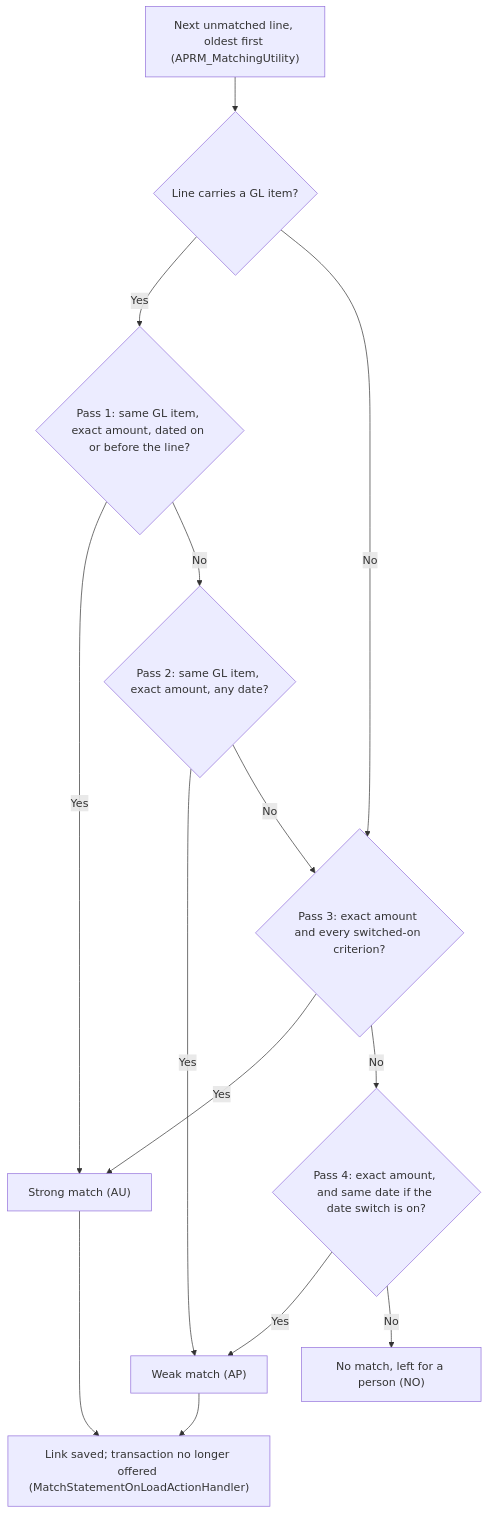
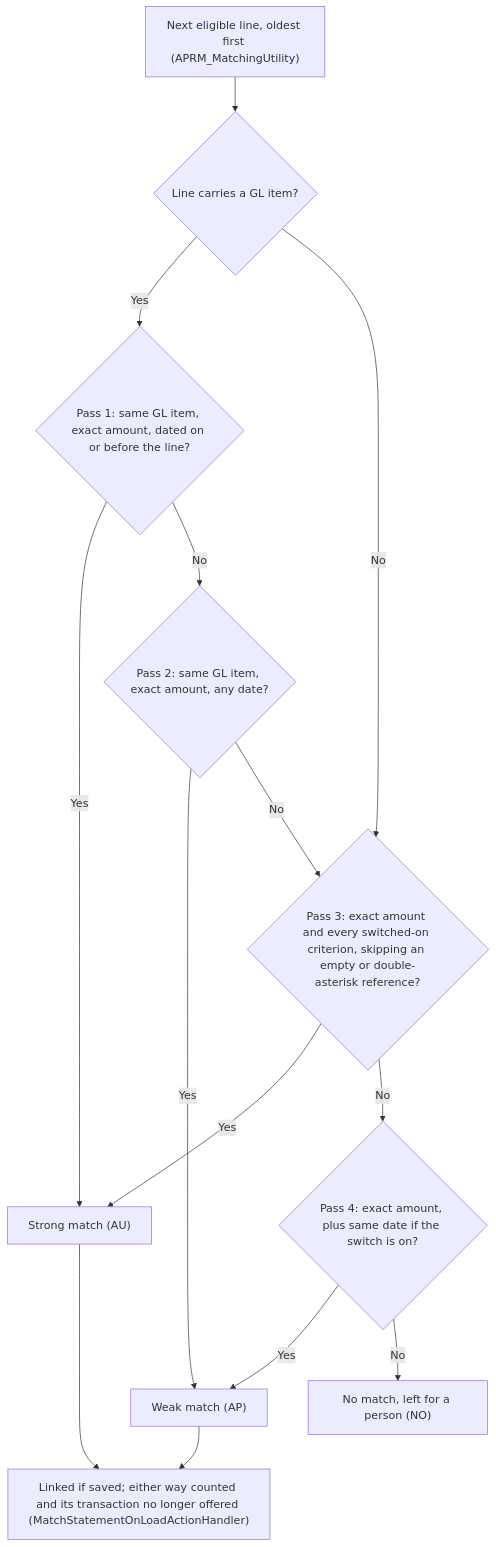
The eighth of 9 diagrams in docs/analysis/analysis-1-current-state-reconciliation.md (blitzy-public-samples/openbravo-erp), drawn with Mermaid before and after one commit. The commit also changed other lines of this file and 1 other file, not shown here.

````diff
--- a/docs/analysis/analysis-1-current-state-reconciliation.md
+++ b/docs/analysis/analysis-1-current-state-reconciliation.md
@@ -386,16 +386,18 @@
 ```mermaid
 flowchart TD
-    L["Next unmatched line, oldest first (APRM_MatchingUtility)"] --> G{"Line carries a GL item?"}
-    G -- Yes --> P1{"Pass 1: same GL item, exact amount, dated on or before the line?"}
-    G -- No --> P3{"Pass 3: exact amount and every switched-on criterion?"}
-    P1 -- Yes --> S["Strong match (AU)"]
-    P1 -- No --> P2{"Pass 2: same GL item, exact amount, any date?"}
-    P2 -- Yes --> W["Weak match (AP)"]
-    P2 -- No --> P3
-    P3 -- Yes --> S
-    P3 -- No --> P4{"Pass 4: exact amount, and same date if the date switch is on?"}
-    P4 -- Yes --> W
-    P4 -- No --> N["No match, left for a person (NO)"]
-    S --> K["Link saved; transaction no longer offered (MatchStatementOnLoadActionHandler)"]
+    accTitle: Figure 8. Matching Decision Flow for One Bank Line
+    accDescr: Each line runs the passes in order until one finds a candidate, which sets the match strength.
+    L["Next eligible line, oldest first (APRM_MatchingUtility)"] --> G{"Line carries a GL item?"}
+    G -->|Yes| P1{"Pass 1: same GL item, exact amount, dated on or before the line?"}
+    G -->|No| P3{"Pass 3: exact amount and every switched-on criterion, skipping an empty or double-asterisk reference?"}
+    P1 -->|Yes| S["Strong match (AU)"]
+    P1 -->|No| P2{"Pass 2: same GL item, exact amount, any date?"}
+    P2 -->|Yes| W["Weak match (AP)"]
+    P2 -->|No| P3
+    P3 -->|Yes| S
+    P3 -->|No| P4{"Pass 4: exact amount, plus same date if the switch is on?"}
+    P4 -->|Yes| W
+    P4 -->|No| N["No match, left for a person (NO)"]
+    S --> K["Linked if saved; either way counted and its transaction no longer offered (MatchStatementOnLoadActionHandler)"]
     W --> K
 ```
````
